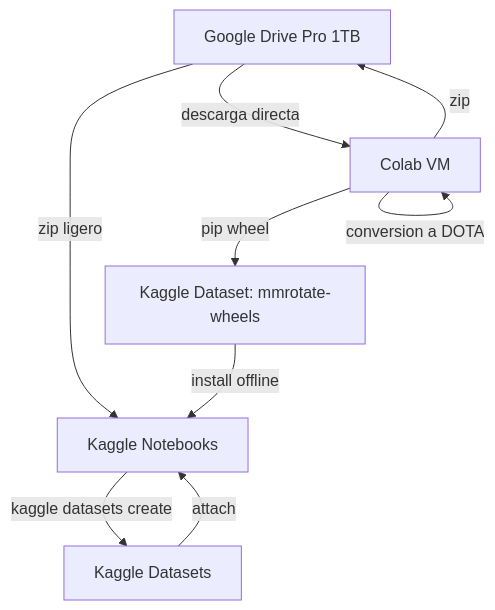
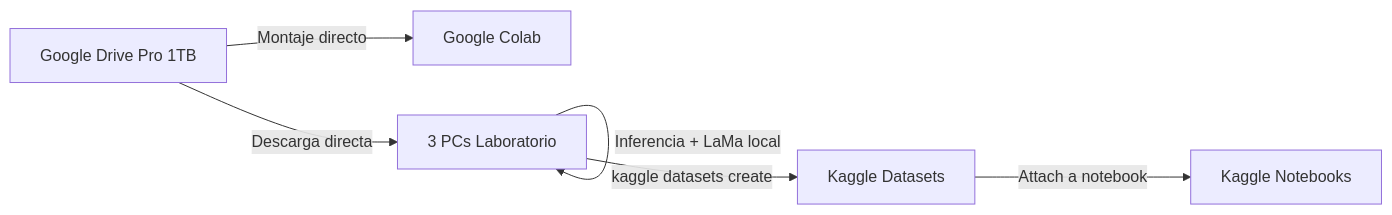
One commit to unsa-semester-2026-A/ia_article changed the second of 2 diagrams in .alvaro/01_procedimiento/plan/00_overview.md. Above: the diagram before and after it, drawn with Mermaid. The commit also changed other lines of this file and 14 other files, not shown here.

````diff
--- a/.alvaro/01_procedimiento/plan/00_overview.md
+++ b/.alvaro/01_procedimiento/plan/00_overview.md
@@ -132,12 +66,8 @@
 ```mermaid
-graph TD
-    GD[Google Drive Pro 1TB] -->|descarga directa| GC[Colab VM]
-    GC -->|Fase 0 + LaMa + resize 640x360| GC
-    GC -->|conversion a DOTA| GC
-    GC -->|zip| GD
-    GD -->|zip ligero| KN[Kaggle Notebooks]
-    KN -->|kaggle datasets create| K[Kaggle Datasets]
-    K -->|attach| KN
-    GC -->|pip wheel| W[Kaggle Dataset: mmrotate-wheels]
-    W -->|install offline| KN
+graph LR
+    GD[Google Drive Pro 1TB] -->|Montaje directo| GC[Google Colab]
+    GD -->|Descarga directa| PC[3 PCs Laboratorio]
+    PC -->|Inferencia + LaMa local| PC
+    PC -->|kaggle datasets create| K[Kaggle Datasets]
+    K -->|Attach a notebook| KN[Kaggle Notebooks]
 ```
````
